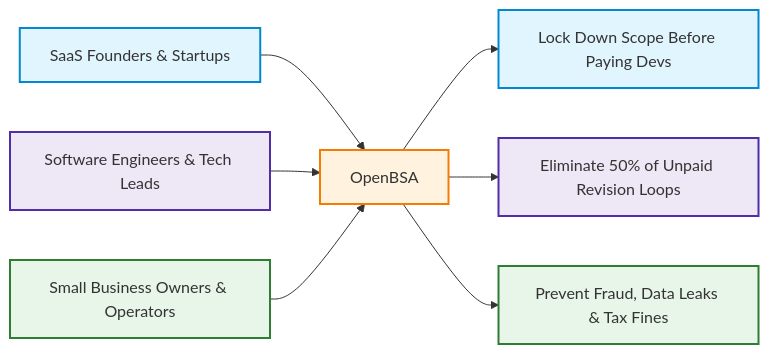
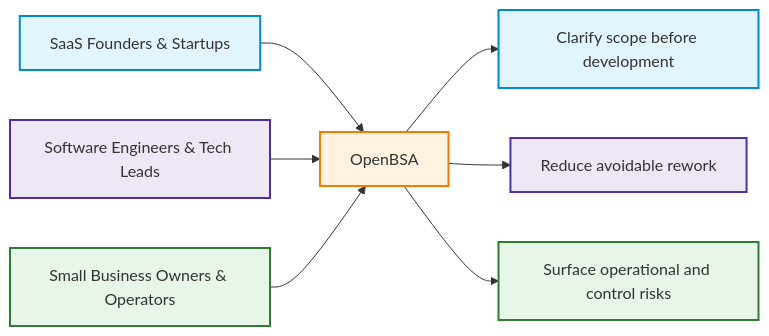
Before and after one commit to reviveproject4-source/OpenBSA: the first of 2 diagrams in README.md, drawn with Mermaid. The commit also changed other lines of this file, not shown here.

````diff
--- a/README.md
+++ b/README.md
@@ -73,15 +73,15 @@
 ```mermaid
 graph LR
     classDef founder fill:#e1f5fe,stroke:#0288d1,stroke-width:2px;
     classDef dev fill:#ede7f6,stroke:#512da8,stroke-width:2px;
     classDef smb fill:#e8f5e9,stroke:#2e7d32,stroke-width:2px;
     classDef os fill:#fff3e0,stroke:#f57c00,stroke-width:2px;
 
     F[SaaS Founders & Startups]:::founder --> OS[OpenBSA]:::os
     D[Software Engineers & Tech Leads]:::dev --> OS
     S[Small Business Owners & Operators]:::smb --> OS
 
-    OS --> V1[Lock Down Scope Before Paying Devs]:::founder
-    OS --> V2[Eliminate 50% of Unpaid Revision Loops]:::dev
-    OS --> V3[Prevent Fraud, Data Leaks & Tax Fines]:::smb
+    OS --> V1[Clarify scope before development]:::founder
+    OS --> V2[Reduce avoidable rework]:::dev
+    OS --> V3[Surface operational and control risks]:::smb
 ```
````
